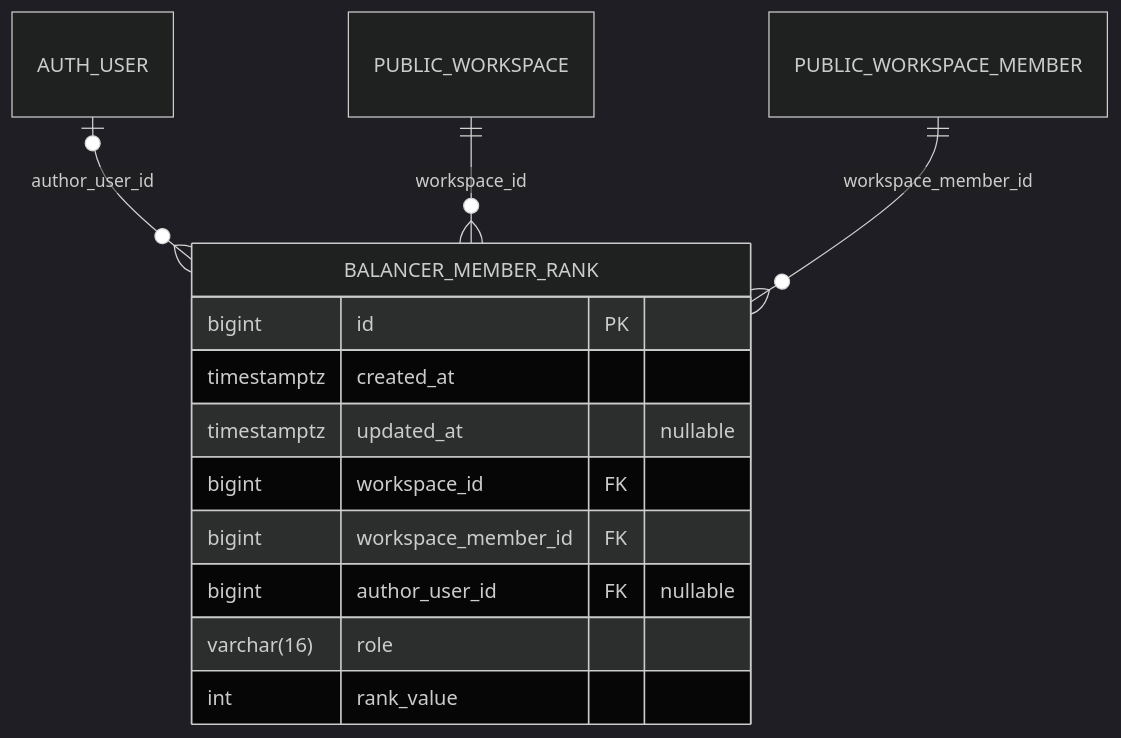
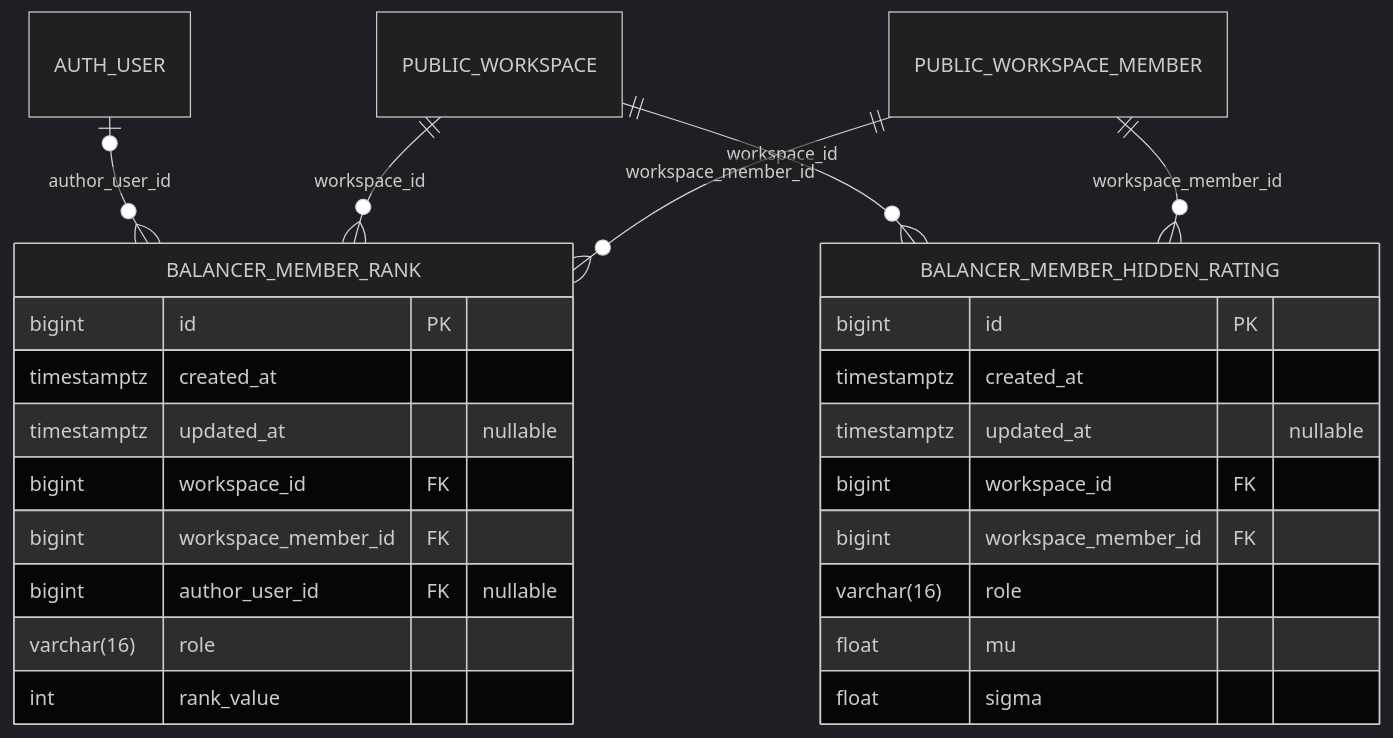
Before and after one commit to CraazzzyyFoxx/overwatch-tournaments: the fourth of 20 diagrams in docs/database_erd.md, drawn with Mermaid (dark theme). The commit also changed other lines of this file and 49 other files, not shown here.

First line of the commit message:
feat(mix): mix ranker — balance on an effective rating backed by a hidden one

````diff
--- a/docs/database_erd.md
+++ b/docs/database_erd.md
@@ -488,17 +488,29 @@
 ```mermaid
 erDiagram
+    BALANCER_MEMBER_HIDDEN_RATING {
+        bigint id PK
+        timestamptz created_at
+        timestamptz updated_at "nullable"
+        bigint workspace_id FK
+        bigint workspace_member_id FK
+        varchar(16) role
+        float mu
+        float sigma
+    }
     BALANCER_MEMBER_RANK {
         bigint id PK
         timestamptz created_at
         timestamptz updated_at "nullable"
         bigint workspace_id FK
         bigint workspace_member_id FK
         bigint author_user_id FK "nullable"
         varchar(16) role
         int rank_value
     }
 
     AUTH_USER |o--o{ BALANCER_MEMBER_RANK : "author_user_id"
+    PUBLIC_WORKSPACE ||--o{ BALANCER_MEMBER_HIDDEN_RATING : "workspace_id"
     PUBLIC_WORKSPACE ||--o{ BALANCER_MEMBER_RANK : "workspace_id"
+    PUBLIC_WORKSPACE_MEMBER ||--o{ BALANCER_MEMBER_HIDDEN_RATING : "workspace_member_id"
     PUBLIC_WORKSPACE_MEMBER ||--o{ BALANCER_MEMBER_RANK : "workspace_member_id"
 ```
````
